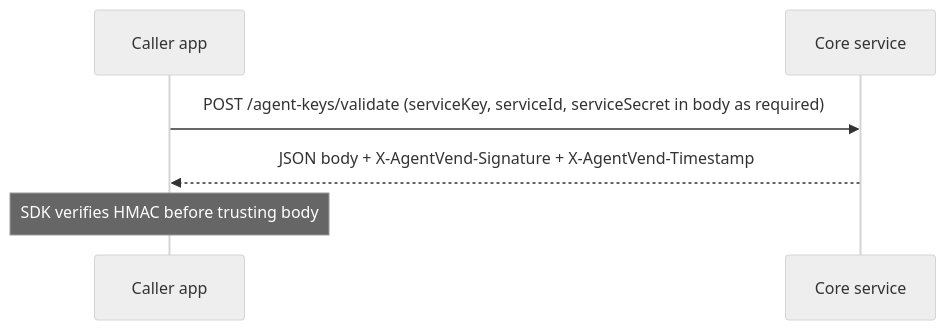
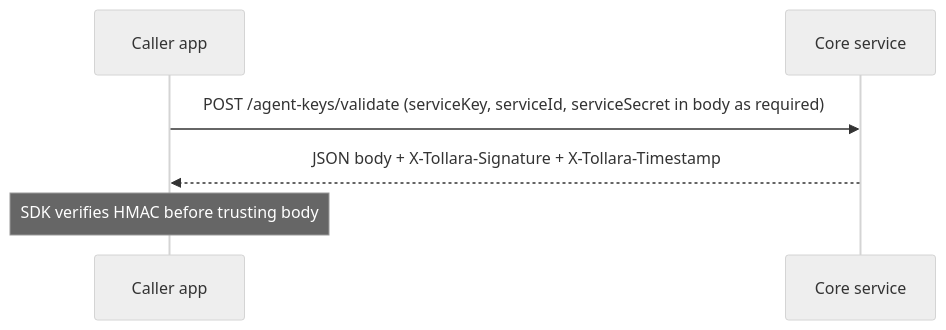
Before and after one commit to tollara/tollara-sdk: the third of 8 diagrams in docs/sdk-callers-and-backends.md, drawn with Mermaid (neutral theme). The commit also changed other lines of this file and 205 other files, not shown here.

````diff
--- a/docs/sdk-callers-and-backends.md
+++ b/docs/sdk-callers-and-backends.md
@@ -93,9 +93,9 @@
 ```mermaid
 sequenceDiagram
   participant Caller as Caller app
   participant CORE as Core service
 
   Caller->>CORE: POST /agent-keys/validate (serviceKey, serviceId, serviceSecret in body as required)
-  CORE-->>Caller: JSON body + X-AgentVend-Signature + X-AgentVend-Timestamp
+  CORE-->>Caller: JSON body + X-Tollara-Signature + X-Tollara-Timestamp
   Note over Caller: SDK verifies HMAC before trusting body
 ```
````
